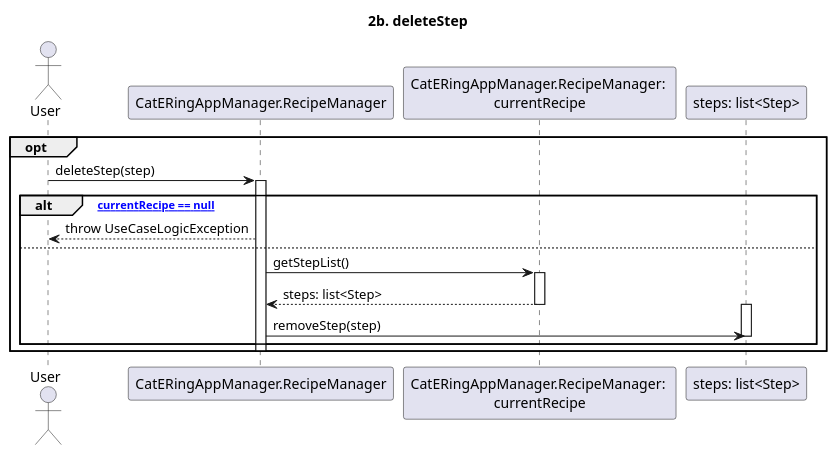
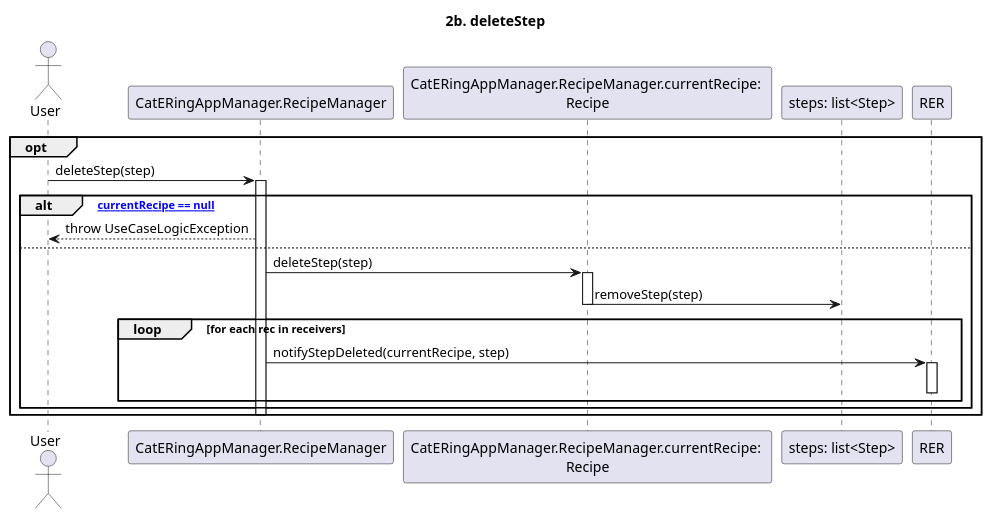
The diagram in dsd/dsd-ricette/estensioni/2b-deleteStep.md (m0canu1/sas), drawn with PlantUML before and after one commit. The commit also changed 11 other files, not shown here.

````diff
--- a/dsd/dsd-ricette/estensioni/2b-deleteStep.md
+++ b/dsd/dsd-ricette/estensioni/2b-deleteStep.md
@@ -1,30 +1,30 @@
 ```plantuml
 
 title: 2b. deleteStep
 
 Actor User
 Participant "CatERingAppManager.RecipeManager" as RM
-Participant "CatERingAppManager.RecipeManager: \ncurrentRecipe" as CR
+Participant "CatERingAppManager.RecipeManager.currentRecipe: \nRecipe" as CR
 Participant "steps: list<Step>" as CS
 
 opt
     User -> RM: deleteStep(step)
     Activate RM
-
     alt ["currentRecipe == null"]
         RM --> User: throw UseCaseLogicException
     else
-        RM -> CR: getStepList()
+        RM -> CR: deleteStep(step)
         Activate CR
-    
-        CR --> RM: steps: list<Step>
+        CR -> CS: removeStep(step)
+        Deactivate CS
         Deactivate CR
-        Activate CS
-        RM -> CS: removeStep(step)
-        Deactivate CS
-
+        loop for each rec in receivers
+      		RM -> RER: notifyStepDeleted(currentRecipe, step)
+          activate RER
+          deactivate RER
+      	end
     end
     Deactivate RM
 end
 
 ```
````
